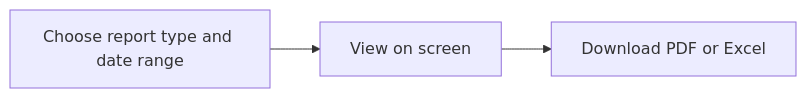
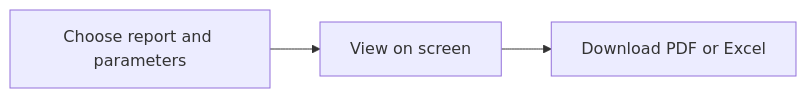
One commit to mishabcp/buildops changed the tenth of 10 diagrams in docs/USER_GUIDE.md. Above: the diagram before and after it, drawn with Mermaid. The commit also changed other lines of this file and 45 other files, not shown here.

````diff
--- a/docs/USER_GUIDE.md
+++ b/docs/USER_GUIDE.md
@@ -139,5 +190,5 @@
 ```mermaid
 flowchart LR
-  Choose[Choose report type and date range] --> View[View on screen]
+  Choose[Choose report and parameters] --> View[View on screen]
   View --> Download[Download PDF or Excel]
 ```
````
